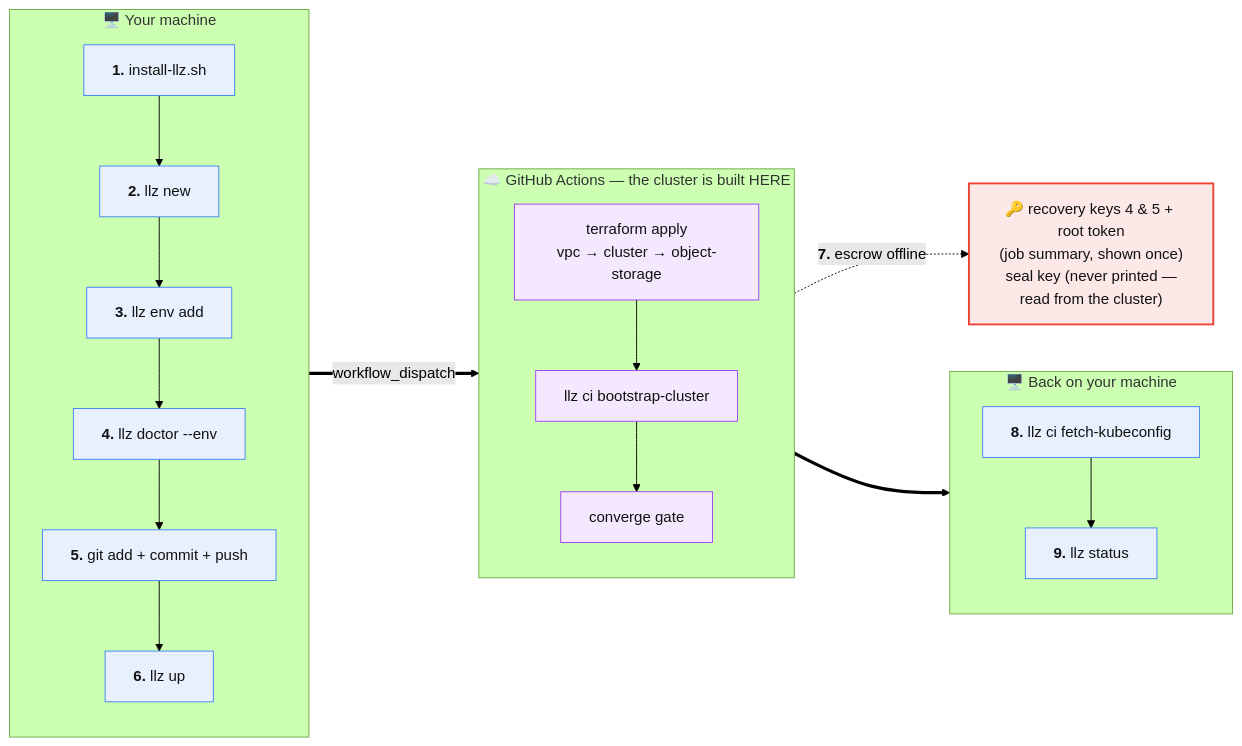
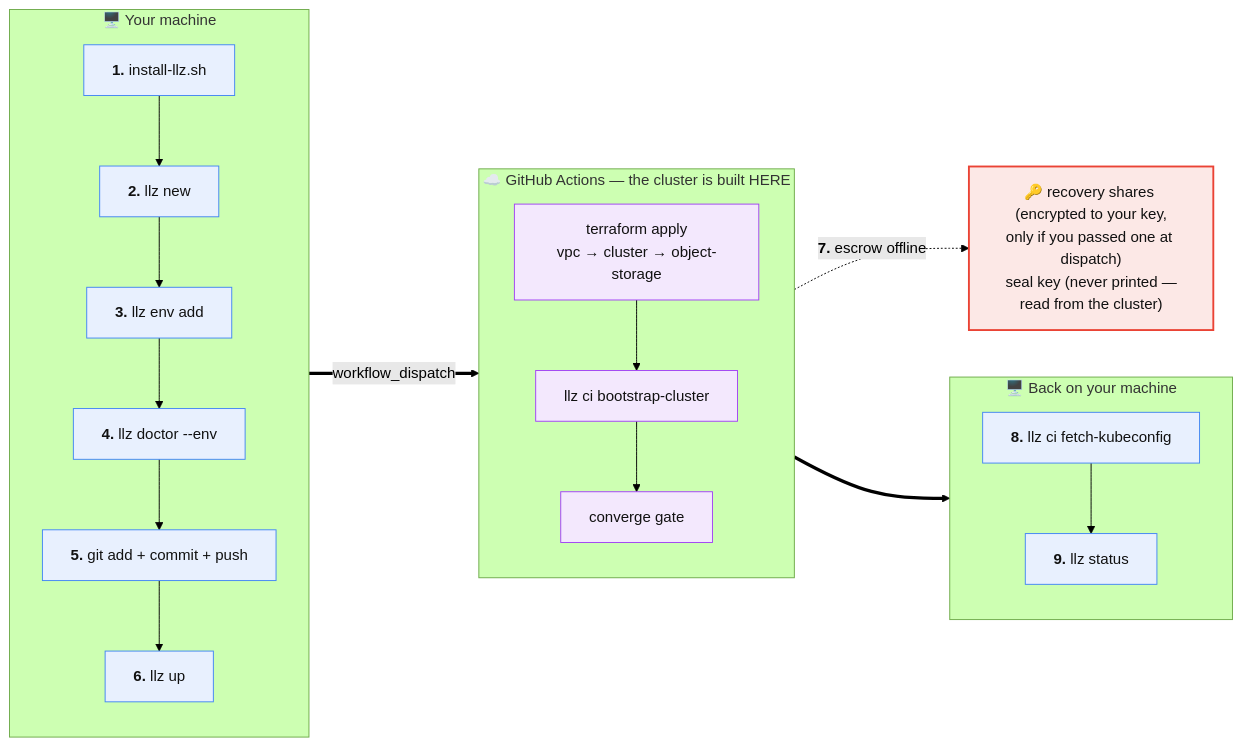
One commit to akamai-consulting/lke-landing-zone changed the diagram in docs/quickstart.md. Above: the diagram before and after it, drawn with Mermaid (forest theme). The commit also changed other lines of this file and 21 other files, not shown here.

````diff
--- a/docs/quickstart.md
+++ b/docs/quickstart.md
@@ -34,39 +34,39 @@
 ```mermaid
 flowchart LR
     subgraph L1["🖥️ Your machine"]
         direction TB
         I["<b>1.</b> install-llz.sh"]
         N["<b>2.</b> llz new"]
         E["<b>3.</b> llz env add"]
         D["<b>4.</b> llz doctor --env"]
         P["<b>5.</b> git add + commit + push"]
         U["<b>6.</b> llz up"]
         I --> N --> E --> D --> P --> U
     end
 
     subgraph CI["☁️ GitHub Actions — the cluster is built HERE"]
         direction TB
         TF["terraform apply<br/>vpc → cluster → object-storage"]
         BOOT["llz ci bootstrap-cluster"]
         CONV["converge gate"]
         TF --> BOOT --> CONV
     end
 
     subgraph L2["🖥️ Back on your machine"]
         direction TB
         K["<b>8.</b> llz ci fetch-kubeconfig"]
         S["<b>9.</b> llz status"]
         K --> S
     end
 
     U ==>|"workflow_dispatch"| TF
     CONV ==> K
-    CONV -.->|"<b>7.</b> escrow offline"| M["🔑 recovery keys 4 &amp; 5 + root token<br/>(job summary, shown once)<br/>seal key (never printed —<br/>read from the cluster)"]
+    CONV -.->|"<b>7.</b> escrow offline"| M["🔑 recovery shares (encrypted to your key,<br/>only if you passed one at dispatch)<br/>seal key (never printed —<br/>read from the cluster)"]
 
     classDef local fill:#e8f0fe,stroke:#4285f4,color:#111;
     classDef ci fill:#f3e8fd,stroke:#a142f4,color:#111;
     classDef warn fill:#fce8e6,stroke:#ea4335,stroke-width:2px,color:#111;
     class I,N,E,P,D,U,K,S local;
     class TF,BOOT,CONV ci;
     class M warn;
 ```
````
